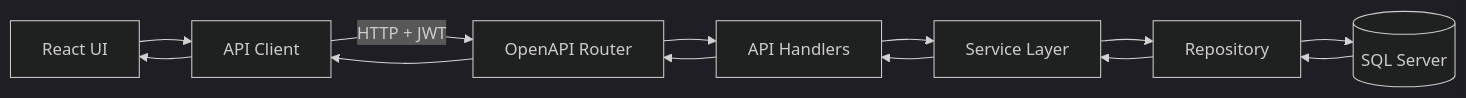
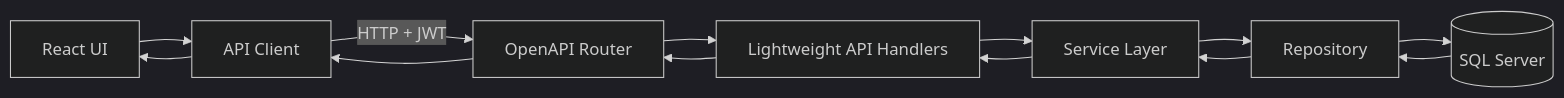
The diagram in README.md (Tavh/weather-app), drawn with Mermaid (dark theme) before and after one commit. The commit also changed other lines of this file, not shown here.

````diff
--- a/README.md
+++ b/README.md
@@ -9,23 +9,23 @@
 ```mermaid
 flowchart LR
     UI[React UI]
     Client[API Client]
     Router[OpenAPI Router]
-    API[API Handlers]
+    API[Lightweight API Handlers]
     Service[Service Layer]
     Repo[Repository]
     DB[(SQL Server)]
 
     UI --> Client
     Client -->|HTTP + JWT| Router
     Router --> API
     API --> Service
     Service --> Repo
     Repo --> DB
     DB --> Repo
     Repo --> Service
     Service --> API
     API --> Router
     Router --> Client
     Client --> UI
 ```
````
